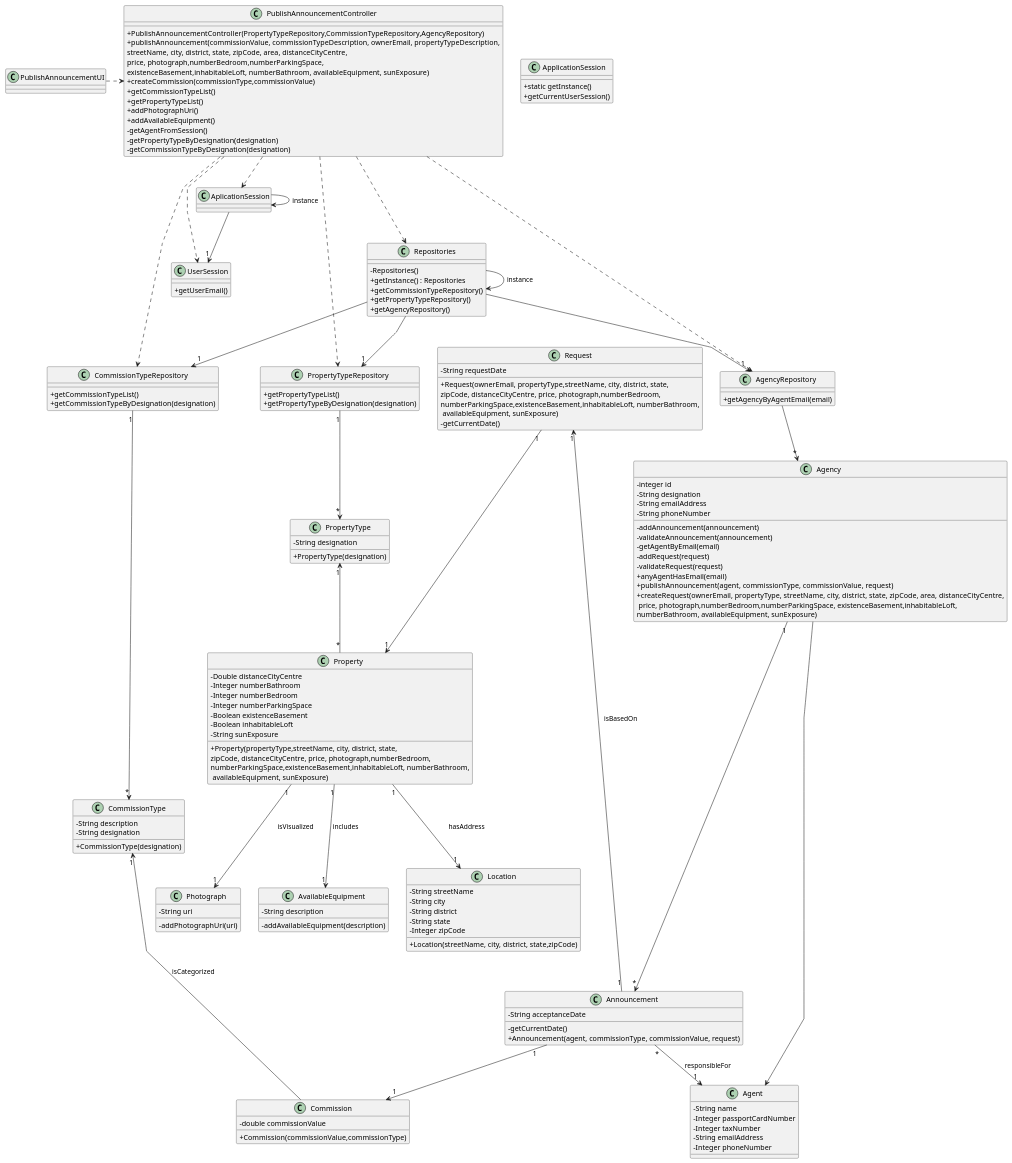
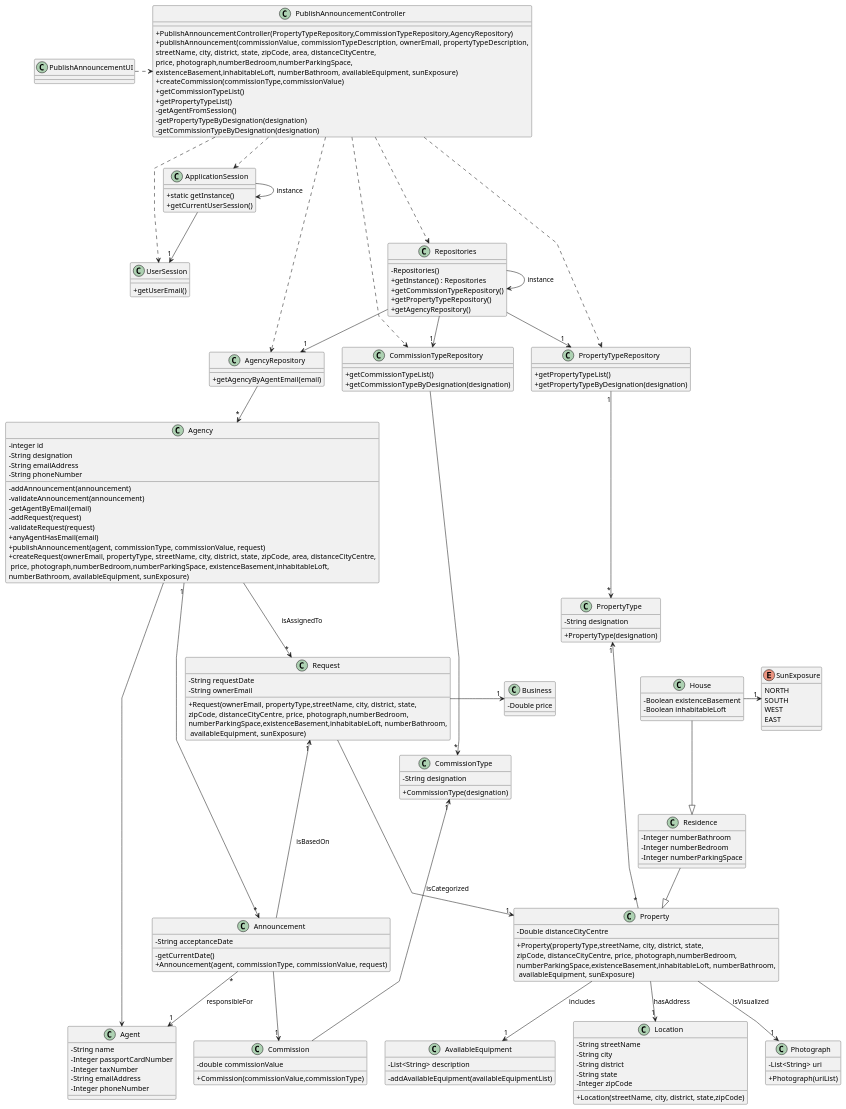
Before and after one commit to rita-barbosa/LAPR2-2223: the diagram in docs/sprintB/us002/03.design/puml/us002-class-diagram.puml, drawn with PlantUML. The commit also changed 8 other files, not shown here.

Commit message:
Update of sequence diagrams [US002][Design]

```diff
--- a/docs/sprintB/us002/03.design/puml/us002-class-diagram.puml
+++ b/docs/sprintB/us002/03.design/puml/us002-class-diagram.puml
@@ -1,175 +1,187 @@
 @startuml
 'skinparam monochrome true
 skinparam packageStyle rectangle
 skinparam shadowing false
 skinparam linetype polyline
 'skinparam linetype orto
 
 skinparam classAttributeIconSize 0
 
 'left to right direction
 
 class ApplicationSession
 {
     + static getInstance()
     + getCurrentUserSession()
 }
 class Property
 {
     - Double distanceCityCentre
-    - Integer numberBathroom
-    - Integer numberBedroom
-    - Integer numberParkingSpace
-    - Boolean existenceBasement
-    - Boolean inhabitableLoft
-    - String sunExposure
     + Property(propertyType,streetName, city, district, state,\nzipCode, distanceCityCentre, price, photograph,numberBedroom,\nnumberParkingSpace,existenceBasement,inhabitableLoft, numberBathroom,\n availableEquipment, sunExposure)
 }
 class Location
 {
     - String streetName
     - String city
     - String district
     - String state
     - Integer zipCode
     + Location(streetName, city, district, state,zipCode)
 }
 class Photograph
 {
-    - String uri
-    - addPhotographUri(uri)
+    - List<String> uri
+    + Photograph(uriList)
 }
 class AvailableEquipment
 {
-    - String description
-    - addAvailableEquipment(description)
+    - List<String> description
+    - addAvailableEquipment(availableEquipmentList)
 }
 
 class UserSession
 {
     + getUserEmail()
 }
 
 class Agent {
     - String name
     - Integer passportCardNumber
     - Integer taxNumber
     - String emailAddress
     - Integer phoneNumber
 }
 
 class Announcement {
     - String acceptanceDate
     - getCurrentDate()
     + Announcement(agent, commissionType, commissionValue, request)
 }
 class Commission {
     - double commissionValue
     + Commission(commissionValue,commissionType)
 }
-class CommissionType
-{
-    - String description
-}
 class Request
 {
     - String requestDate
+    - String ownerEmail
     + Request(ownerEmail, propertyType,streetName, city, district, state,\nzipCode, distanceCityCentre, price, photograph,numberBedroom,\nnumberParkingSpace,existenceBasement,inhabitableLoft, numberBathroom,\n availableEquipment, sunExposure)
-    - getCurrentDate()
+
 }
 class Agency {
     - integer id
     - String designation
     - String emailAddress
     - String phoneNumber
 
     - addAnnouncement(announcement)
     - validateAnnouncement(announcement)
     - getAgentByEmail(email)
     - addRequest(request)
     - validateRequest(request)
     + anyAgentHasEmail(email)
     + publishAnnouncement(agent, commissionType, commissionValue, request)
     + createRequest(ownerEmail, propertyType, streetName, city, district, state, zipCode, area, distanceCityCentre,\n price, photograph,numberBedroom,numberParkingSpace, existenceBasement,inhabitableLoft,\nnumberBathroom, availableEquipment, sunExposure)
 }
 
 class CommissionTypeRepository {
     + getCommissionTypeList()
     + getCommissionTypeByDesignation(designation)
 }
 class PropertyTypeRepository {
     + getPropertyTypeList()
     + getPropertyTypeByDesignation(designation)
 }
 
 class AgencyRepository {
     + getAgencyByAgentEmail(email)
 }
 
 class Repositories {
     - Repositories()
     + getInstance() : Repositories
     + getCommissionTypeRepository()
     + getPropertyTypeRepository()
     + getAgencyRepository()
 }
 
 class PublishAnnouncementController {
     + PublishAnnouncementController(PropertyTypeRepository,CommissionTypeRepository,AgencyRepository)
     + publishAnnouncement(commissionValue, commissionTypeDescription, ownerEmail, propertyTypeDescription,\nstreetName, city, district, state, zipCode, area, distanceCityCentre,\nprice, photograph,numberBedroom,numberParkingSpace,\nexistenceBasement,inhabitableLoft, numberBathroom, availableEquipment, sunExposure)
     + createCommission(commissionType,commissionValue)
     + getCommissionTypeList()
     + getPropertyTypeList()
-    + addPhotographUri()
-    + addAvailableEquipment()
     - getAgentFromSession()
     - getPropertyTypeByDesignation(designation)
     - getCommissionTypeByDesignation(designation)
 }
 class PropertyType
 {
     - String designation
     + PropertyType(designation)
 }
 class CommissionType
 {
     - String designation
     + CommissionType(designation)
 }
 class PublishAnnouncementUI {
 }
-
-
-
+class Business
+{
+    - Double price
+}
+class Residence
+{
+    - Integer numberBathroom
+    - Integer numberBedroom
+    - Integer numberParkingSpace
+}
+class House
+{
+    - Boolean existenceBasement
+    - Boolean inhabitableLoft
+}
+enum SunExposure
+{
+NORTH
+SOUTH
+WEST
+EAST
+}
     PublishAnnouncementUI .> PublishAnnouncementController
     PublishAnnouncementController .-> UserSession
-    PublishAnnouncementController .-> AplicationSession
-    AplicationSession -> AplicationSession : instance
-    AplicationSession --> "1" UserSession
+    PublishAnnouncementController .-> ApplicationSession
+    ApplicationSession -> ApplicationSession : instance
+    ApplicationSession --> "1" UserSession
     PublishAnnouncementController .--> Repositories
     PublishAnnouncementController .-> PropertyTypeRepository
     PublishAnnouncementController .-> CommissionTypeRepository
     PublishAnnouncementController .-> AgencyRepository
 
     Repositories -> Repositories : instance
     Repositories --> "1" CommissionTypeRepository
     Repositories --> "1" PropertyTypeRepository
     Repositories --> "1" AgencyRepository
     AgencyRepository --> "*" Agency
     Agency "1" ----> "*" Announcement
 
     Announcement "*" --> "1" Agent : responsibleFor
-    CommissionTypeRepository "1" ---> "*" CommissionType
+    CommissionTypeRepository ---> "*" CommissionType
     CommissionType "1" <-- Commission : isCategorized
-    Announcement "1" --> "1" Commission
-    Request "1" <-- "1" Announcement : isBasedOn
-    Request "1" ---> "1" Property
+    Announcement  --> "1" Commission
+    Request "1" <-- Announcement : isBasedOn
+    Request  ---> "1" Property
     Agency ----> Agent
     PropertyTypeRepository "1" --> "*" PropertyType
     PropertyType "1" <-- "*" Property
-    Property "1" --> "1" Location : hasAddress
-    Property "1" --> "1" Photograph : isVisualized
-    Property "1" --> "1" AvailableEquipment : includes
-
+    Property  --> "1" Location : hasAddress
+    Property  --> "1" Photograph : isVisualized
+    Property  --> "1" AvailableEquipment : includes
+    Agency --> "*" Request : isAssignedTo
+    Request -> "1" Business
+    Residence --|> Property
+    House --|> Residence
+    House -> "1" SunExposure
 
 @enduml
```
